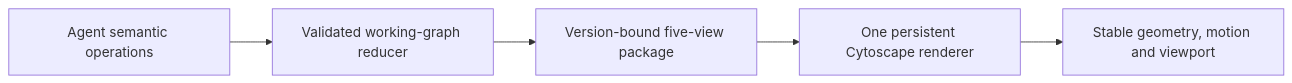
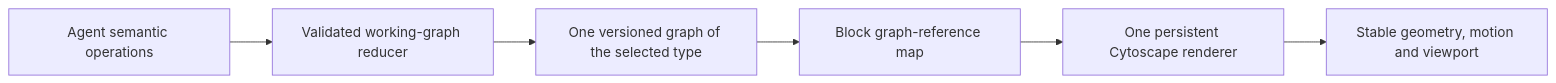
Before and after one commit to highestpeak/obsidian-peak-assistant: the first of 3 diagrams in docs/superpowers/specs/2026-08-13-ai-graph-agent-incremental-final-design.md, drawn with Mermaid. The commit also changed other lines of this file and 2 other files, not shown here.

Commit message:
docs: finalize composer AI graph block design

````diff
--- a/docs/superpowers/specs/2026-08-13-ai-graph-agent-incremental-final-design.md
+++ b/docs/superpowers/specs/2026-08-13-ai-graph-agent-incremental-final-design.md
@@ -48,7 +52,8 @@
 ```mermaid
 flowchart LR
   A["Agent semantic operations"] --> B["Validated working-graph reducer"]
-  B --> C["Version-bound five-view package"]
-  C --> D["One persistent Cytoscape renderer"]
-  D --> E["Stable geometry, motion and viewport"]
+  B --> C["One versioned graph of the selected type"]
+  C --> D["Block graph-reference map"]
+  D --> E["One persistent Cytoscape renderer"]
+  E --> F["Stable geometry, motion and viewport"]
 ```
````
